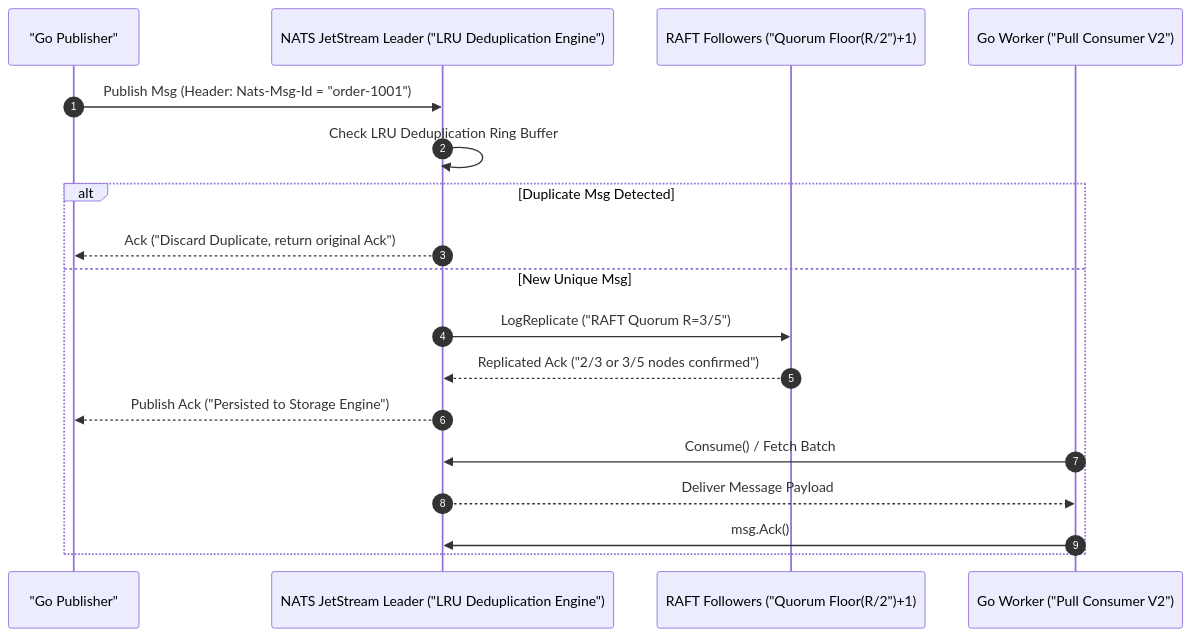
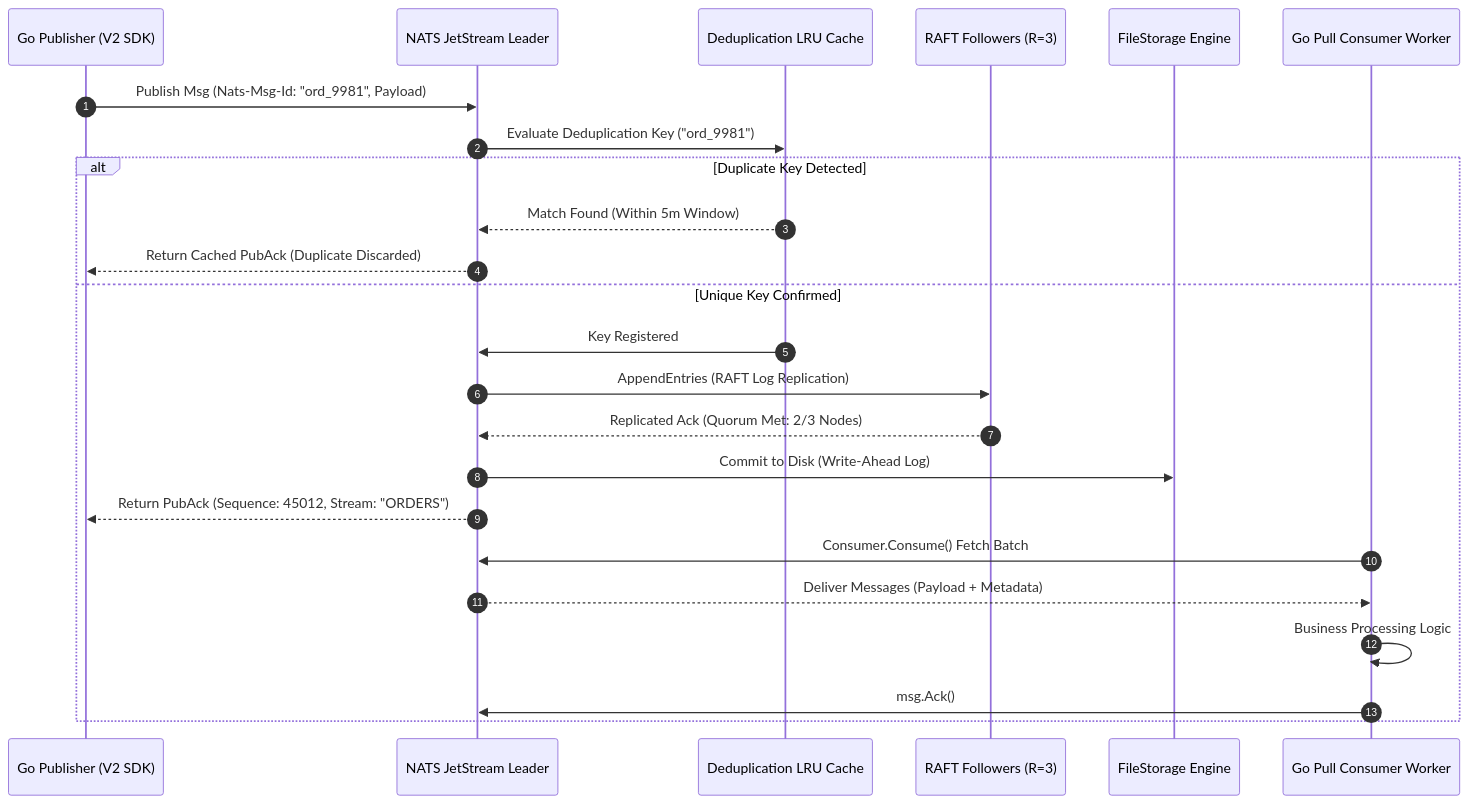
One commit to vesviet/vesviet changed the first of 2 diagrams in content/series/cornerstone-technologies/nats-jetstream-golang-production-guide.md. Above: the diagram before and after it, drawn with Mermaid. The commit also changed other lines of this file and 82 other files, not shown here.

````diff
--- a/content/series/cornerstone-technologies/nats-jetstream-golang-production-guide.md
+++ b/content/series/cornerstone-technologies/nats-jetstream-golang-production-guide.md
@@ -42,21 +38,27 @@
 ```mermaid
 sequenceDiagram
     autonumber
-    participant Pub as "Go Publisher"
-    participant Broker as NATS JetStream Leader ("LRU Deduplication Engine")
-    participant Quorum as RAFT Followers ("Quorum Floor(R/2")+1)
-    participant Sub as Go Worker ("Pull Consumer V2")
+    participant Pub as Go Publisher (V2 SDK)
+    participant Leader as NATS JetStream Leader
+    participant Engine as Deduplication LRU Cache
+    participant Quorum as RAFT Followers (R=3)
+    participant Storage as FileStorage Engine
+    participant Sub as Go Pull Consumer Worker
 
-    Pub->>Broker: Publish Msg (Header: Nats-Msg-Id = "order-1001")
-    Broker->>Broker: Check LRU Deduplication Ring Buffer
-    alt Duplicate Msg Detected
-        Broker-->>Pub: Ack ("Discard Duplicate, return original Ack")
-    else New Unique Msg
-        Broker->>Quorum: LogReplicate ("RAFT Quorum R=3/5")
-        Quorum-->>Broker: Replicated Ack ("2/3 or 3/5 nodes confirmed")
-        Broker-->>Pub: Publish Ack ("Persisted to Storage Engine")
-        Sub->>Broker: Consume() / Fetch Batch
-        Broker-->>Sub: Deliver Message Payload
-        Sub->>Broker: msg.Ack()
+    Pub->>Leader: Publish Msg (Nats-Msg-Id: "ord_9981", Payload)
+    Leader->>Engine: Evaluate Deduplication Key ("ord_9981")
+    alt Duplicate Key Detected
+        Engine-->>Leader: Match Found (Within 5m Window)
+        Leader-->>Pub: Return Cached PubAck (Duplicate Discarded)
+    else Unique Key Confirmed
+        Engine->>Leader: Key Registered
+        Leader->>Quorum: AppendEntries (RAFT Log Replication)
+        Quorum-->>Leader: Replicated Ack (Quorum Met: 2/3 Nodes)
+        Leader->>Storage: Commit to Disk (Write-Ahead Log)
+        Leader-->>Pub: Return PubAck (Sequence: 45012, Stream: "ORDERS")
+        Sub->>Leader: Consumer.Consume() Fetch Batch
+        Leader-->>Sub: Deliver Messages (Payload + Metadata)
+        Sub->>Sub: Business Processing Logic
+        Sub->>Leader: msg.Ack()
     end
 ```
````
